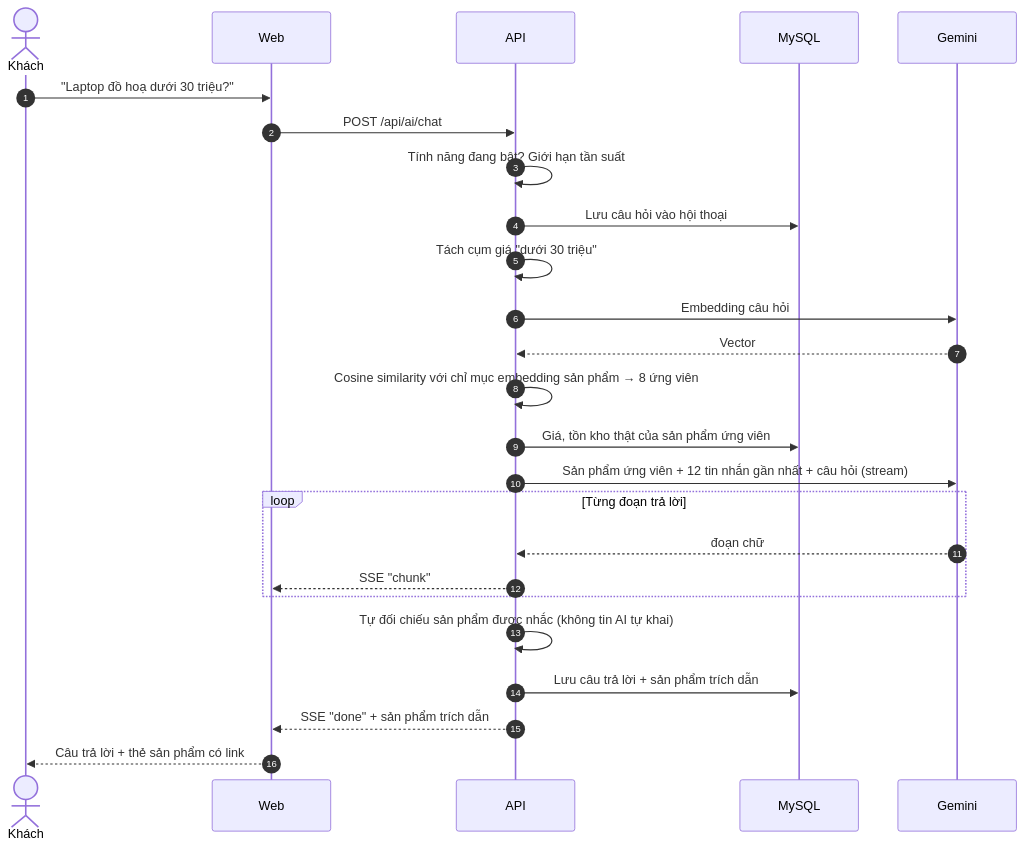
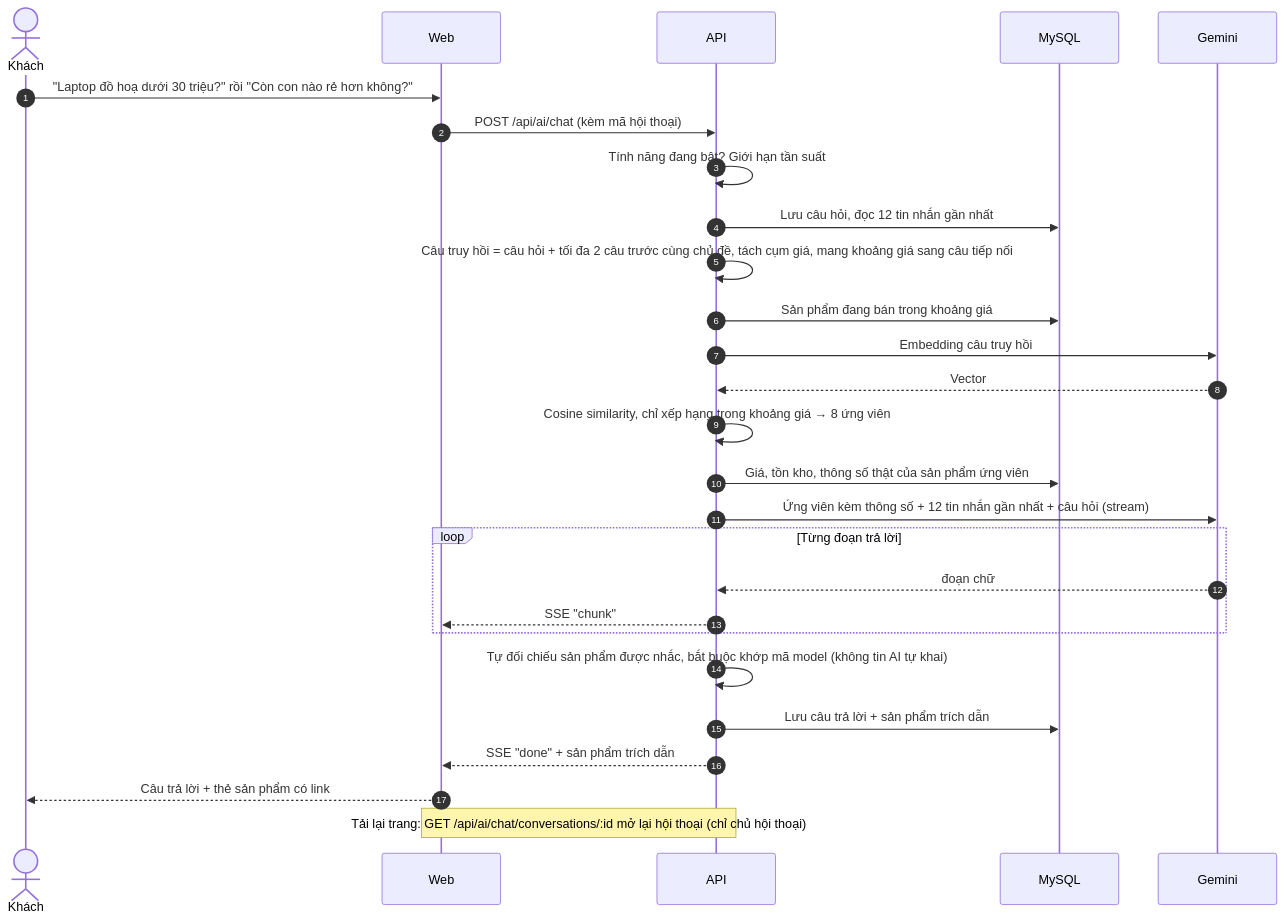
Before and after one commit to khanhdat1/Do_An: the diagram in docs/bao-ve/so-do/tuan-tu-tro-ly-ai.mmd, drawn with Mermaid. The commit also changed 16 other files, not shown here.

```diff
--- a/docs/bao-ve/so-do/tuan-tu-tro-ly-ai.mmd
+++ b/docs/bao-ve/so-do/tuan-tu-tro-ly-ai.mmd
@@ -1,25 +1,27 @@
 sequenceDiagram
   autonumber
   actor KH as Khách
   participant W as Web
   participant A as API
   participant DB as MySQL
   participant G as Gemini
-  KH->>W: "Laptop đồ hoạ dưới 30 triệu?"
-  W->>A: POST /api/ai/chat
+  KH->>W: "Laptop đồ hoạ dưới 30 triệu?" rồi "Còn con nào rẻ hơn không?"
+  W->>A: POST /api/ai/chat (kèm mã hội thoại)
   A->>A: Tính năng đang bật? Giới hạn tần suất
-  A->>DB: Lưu câu hỏi vào hội thoại
-  A->>A: Tách cụm giá "dưới 30 triệu"
-  A->>G: Embedding câu hỏi
+  A->>DB: Lưu câu hỏi, đọc 12 tin nhắn gần nhất
+  A->>A: Câu truy hồi = câu hỏi + tối đa 2 câu trước cùng chủ đề, tách cụm giá, mang khoảng giá sang câu tiếp nối
+  A->>DB: Sản phẩm đang bán trong khoảng giá
+  A->>G: Embedding câu truy hồi
   G-->>A: Vector
-  A->>A: Cosine similarity với chỉ mục embedding sản phẩm → 8 ứng viên
-  A->>DB: Giá, tồn kho thật của sản phẩm ứng viên
-  A->>G: Sản phẩm ứng viên + 12 tin nhắn gần nhất + câu hỏi (stream)
+  A->>A: Cosine similarity, chỉ xếp hạng trong khoảng giá → 8 ứng viên
+  A->>DB: Giá, tồn kho, thông số thật của sản phẩm ứng viên
+  A->>G: Ứng viên kèm thông số + 12 tin nhắn gần nhất + câu hỏi (stream)
   loop Từng đoạn trả lời
     G-->>A: đoạn chữ
     A-->>W: SSE "chunk"
   end
-  A->>A: Tự đối chiếu sản phẩm được nhắc (không tin AI tự khai)
+  A->>A: Tự đối chiếu sản phẩm được nhắc, bắt buộc khớp mã model (không tin AI tự khai)
   A->>DB: Lưu câu trả lời + sản phẩm trích dẫn
   A-->>W: SSE "done" + sản phẩm trích dẫn
   W-->>KH: Câu trả lời + thẻ sản phẩm có link
+  Note over W,A: Tải lại trang: GET /api/ai/chat/conversations/:id mở lại hội thoại (chỉ chủ hội thoại)
```
